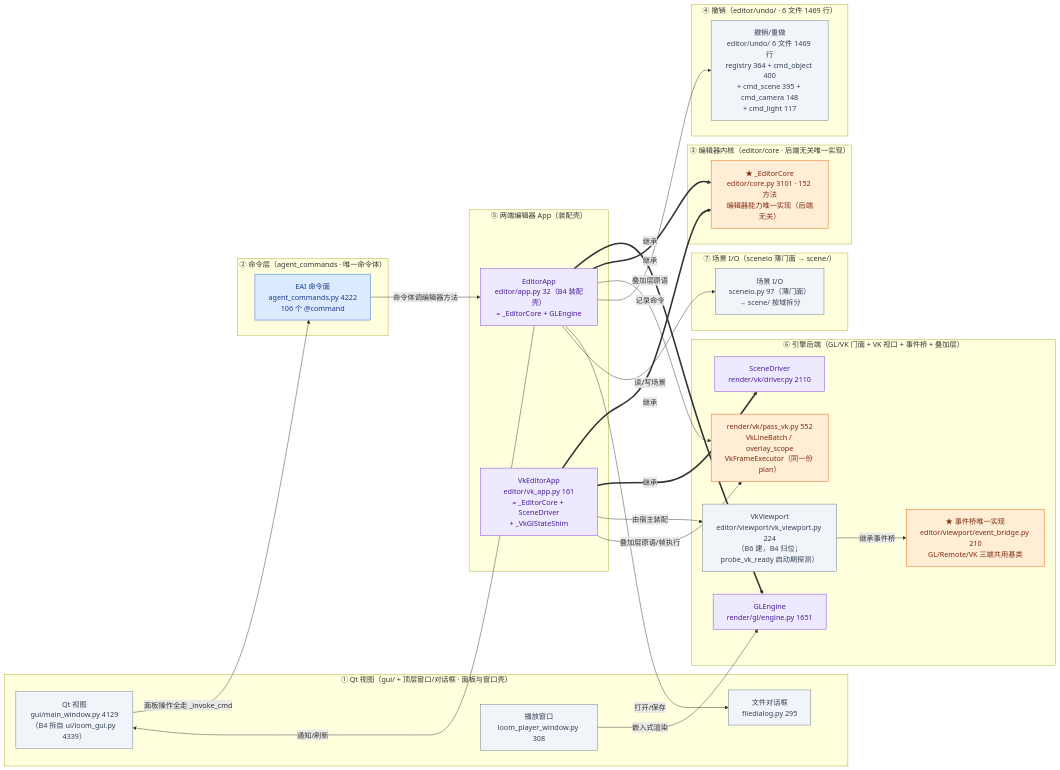
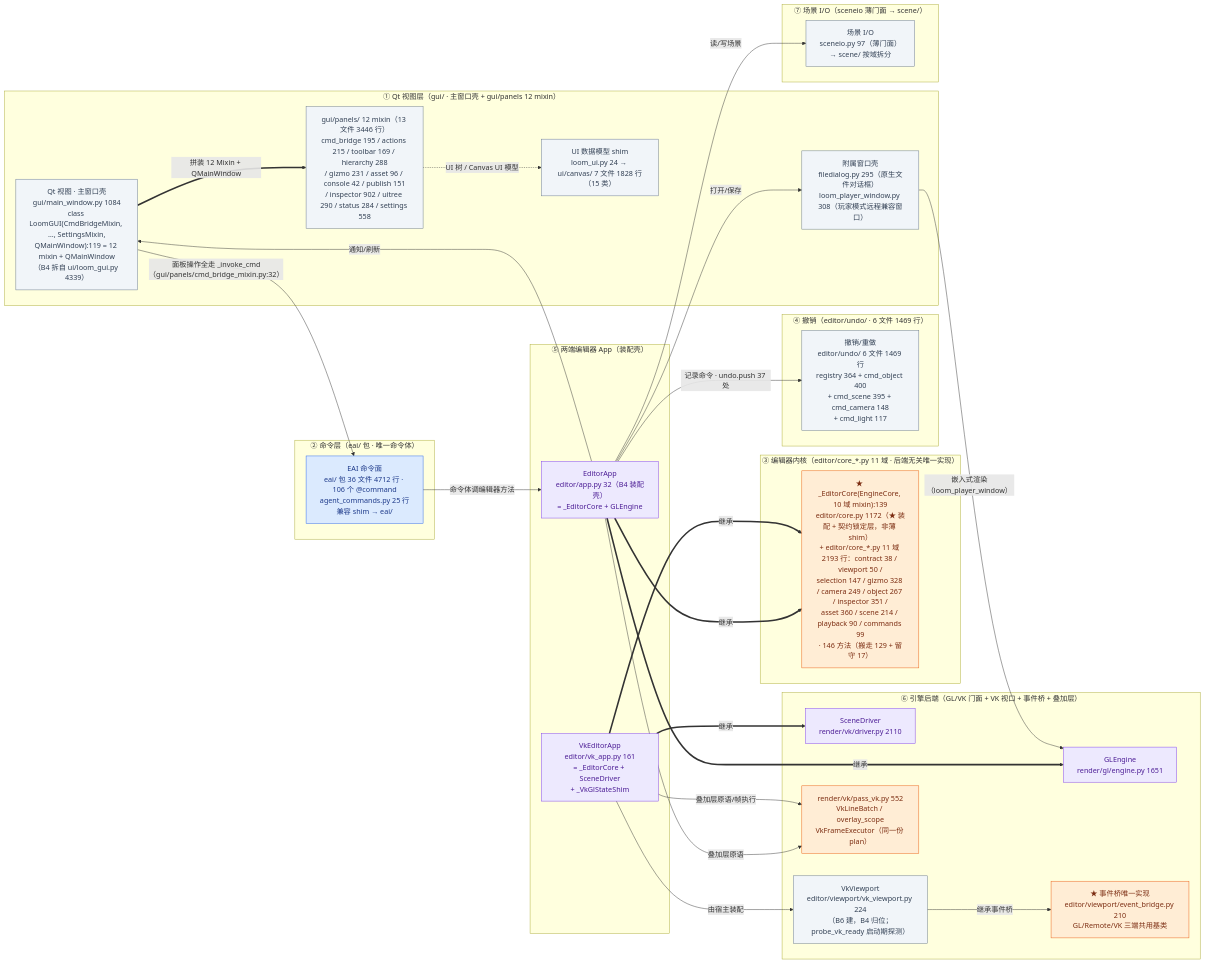
The tenth of 23 diagrams in ARCHITECTURE.md (lhy302/WeaveEngine), drawn with Mermaid before and after one commit. The commit also changed other lines of this file, not shown here.

First line of the commit message:
docs: ARCHITECTURE.md 同步 Q-B7-38-1 三批大文件拆分（逐项实测复核）

````diff
--- a/ARCHITECTURE.md
+++ b/ARCHITECTURE.md
@@ -605,50 +616,53 @@
 ```mermaid
 flowchart LR
-  subgraph QT["① Qt 视图（gui/ + 顶层窗口/对话框 · 面板与窗口壳）"]
-    V["Qt 视图<br/>gui/main_window.py 4129<br/>（B4 拆自 ui/loom_gui.py 4339）"]:::file
-    FD["文件对话框<br/>filedialog.py 295"]:::file
-    PW["播放窗口<br/>loom_player_window.py 308"]:::file
+  subgraph QT["① Qt 视图层（gui/ · 主窗口壳 + gui/panels 12 mixin）"]
+    V["Qt 视图 · 主窗口壳<br/>gui/main_window.py 1084<br/>class LoomGUI(CmdBridgeMixin, …, SettingsMixin,<br/>QMainWindow):119 = 12 mixin + QMainWindow<br/>（B4 拆自 ui/loom_gui.py 4339）"]:::file
+    P["gui/panels/ 12 mixin（13 文件 3446 行）<br/>cmd_bridge 195 / actions 215 / toolbar 169 / hierarchy 288<br/>/ gizmo 231 / asset 96 / console 42 / publish 151<br/>/ inspector 902 / uitree 290 / status 284 / settings 558"]:::file
+    AFX["附属窗口壳<br/>filedialog.py 295（原生文件对话框）<br/>loom_player_window.py 308（玩家模式远程兼容窗口）"]:::file
+    LU["UI 数据模型 shim<br/>loom_ui.py 24 → ui/canvas/ 7 文件 1828 行（15 类）"]:::file
   end
-  subgraph CMD["② 命令层（agent_commands · 唯一命令体）"]
-    EAI["EAI 命令面<br/>agent_commands.py 4222<br/>106 个 @command"]:::entry
+  subgraph CMD["② 命令层（eai/ 包 · 唯一命令体）"]
+    EAI["EAI 命令面<br/>eai/ 包 36 文件 4712 行 · 106 个 @command<br/>agent_commands.py 25 行兼容 shim → eai/"]:::entry
   end
-  subgraph KERN["③ 编辑器内核（editor/core · 后端无关唯一实现）"]
-    COR["★ _EditorCore<br/>editor/core.py 3101 · 152 方法<br/>编辑器能力唯一实现（后端无关）"]:::contract
+  subgraph KERN["③ 编辑器内核（editor/core_*.py 11 域 · 后端无关唯一实现）"]
+    COR["★ _EditorCore(EngineCore, 10 域 mixin):139<br/>editor/core.py 1172（★ 装配 + 契约锁定层，非薄 shim）<br/>+ editor/core_*.py 11 域 2193 行：contract 38 / viewport 50 /<br/>selection 147 / gizmo 328 / camera 249 / object 267 / inspector 351 /<br/>asset 360 / scene 214 / playback 90 / commands 99<br/>· 146 方法（搬走 129 + 留守 17）"]:::contract
   end
   subgraph UNDODOM["④ 撤销（editor/undo/ · 6 文件 1469 行）"]
     U["撤销/重做<br/>editor/undo/ 6 文件 1469 行<br/>registry 364 + cmd_object 400<br/>+ cmd_scene 395 + cmd_camera 148<br/>+ cmd_light 117"]:::file
   end
   subgraph APPDOM["⑤ 两端编辑器 App（装配壳）"]
     ED["EditorApp<br/>editor/app.py 32（B4 装配壳）<br/>= _EditorCore + GLEngine"]:::facade
     VKE["VkEditorApp<br/>editor/vk_app.py 161<br/>= _EditorCore + SceneDriver<br/>+ _VkGlStateShim"]:::facade
   end
   subgraph ENGINEDOM["⑥ 引擎后端（GL/VK 门面 + VK 视口 + 事件桥 + 叠加层）"]
     GE["GLEngine<br/>render/gl/engine.py 1651"]:::facade
     SDV["SceneDriver<br/>render/vk/driver.py 2110"]:::facade
     VKV["VkViewport<br/>editor/viewport/vk_viewport.py 224<br/>（B6 建，B4 归位；probe_vk_ready 启动期探测）"]:::file
     EB["★ 事件桥唯一实现<br/>editor/viewport/event_bridge.py 210<br/>GL/Remote/VK 三端共用基类"]:::contract
     LPV["render/vk/pass_vk.py 552<br/>VkLineBatch / overlay_scope<br/>VkFrameExecutor（同一份 plan）"]:::contract
   end
   subgraph SCENEDOM["⑦ 场景 I/O（sceneio 薄门面 → scene/）"]
     S["场景 I/O<br/>sceneio.py 97（薄门面）<br/>→ scene/ 按域拆分"]:::file
   end
   ED ==>|继承| GE
   ED ==>|继承| COR
   VKE ==>|继承| COR
   VKE ==>|继承| SDV
   VKE -->|由宿主装配| VKV
   VKV -->|继承事件桥| EB
   ED -->|通知/刷新| V
-  V -->|面板操作全走 _invoke_cmd| EAI
+  V ==>|拼装 12 Mixin + QMainWindow| P
+  P -.->|UI 树 / Canvas UI 模型| LU
+  V -->|面板操作全走 _invoke_cmd（gui/panels/cmd_bridge_mixin.py:32）| EAI
   ED -->|叠加层原语| LPV
   VKE -->|叠加层原语/帧执行| LPV
-  ED -->|记录命令| U
+  ED -->|记录命令 · undo.push 37 处| U
   EAI -->|命令体调编辑器方法| ED
-  ED -->|打开/保存| FD
+  ED -->|打开/保存| AFX
+  AFX -->|嵌入式渲染（loom_player_window）| GE
   ED -->|读/写场景| S
-  PW -->|嵌入式渲染| GE
   classDef entry fill:#dbeafe,stroke:#2563eb,color:#1e3a8a
   classDef facade fill:#ede9fe,stroke:#7c3aed,color:#4c1d95
   classDef file fill:#f1f5f9,stroke:#64748b,color:#334155
   classDef contract fill:#ffedd5,stroke:#ea580c,color:#7c2d12
 ```
````
